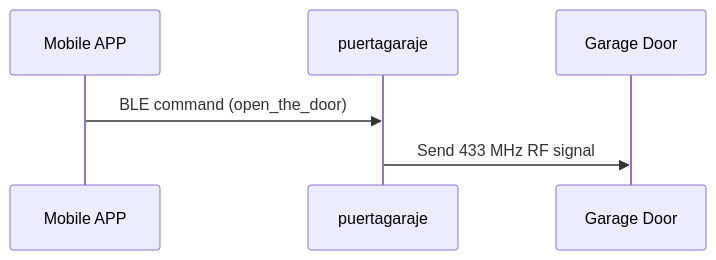
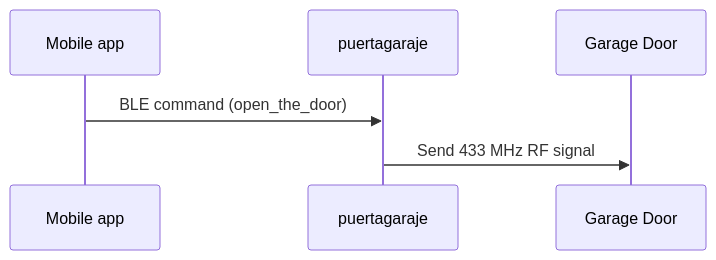
The second of 2 diagrams in README.md (luismalddonado/ESPHomeGarageRemote), drawn with Mermaid before and after one commit. The commit also changed other lines of this file, not shown here.

````diff
--- a/README.md
+++ b/README.md
@@ -24,9 +24,8 @@
 ```mermaid
 sequenceDiagram
-    participant MA as Mobile APP
+    participant MA as Mobile app
     participant PG2 as puertagaraje
     participant D2 as Garage Door
-
     MA->>PG2: BLE command (open_the_door)
     PG2->>D2: Send 433 MHz RF signal
-```	
+```
````
